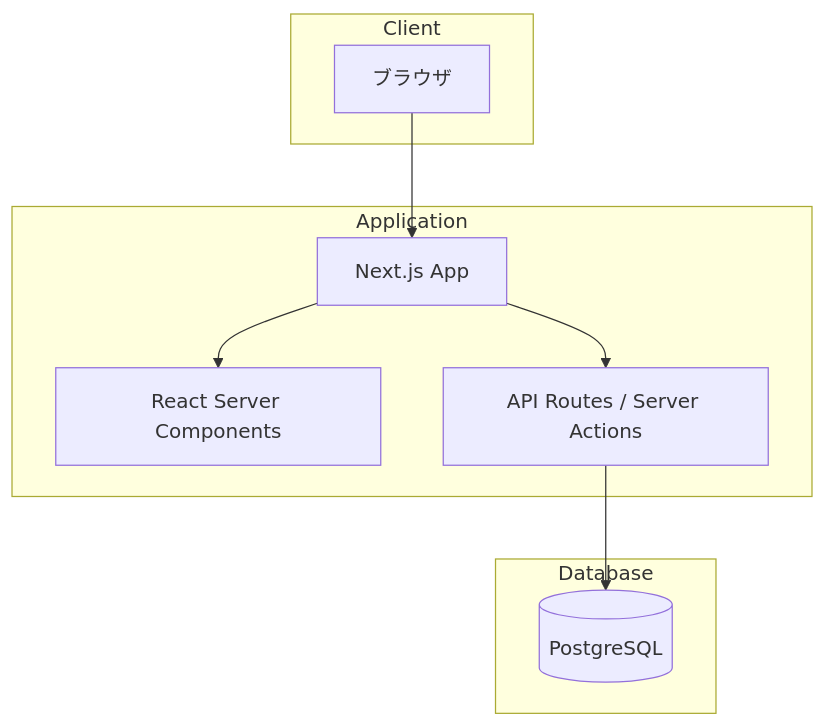
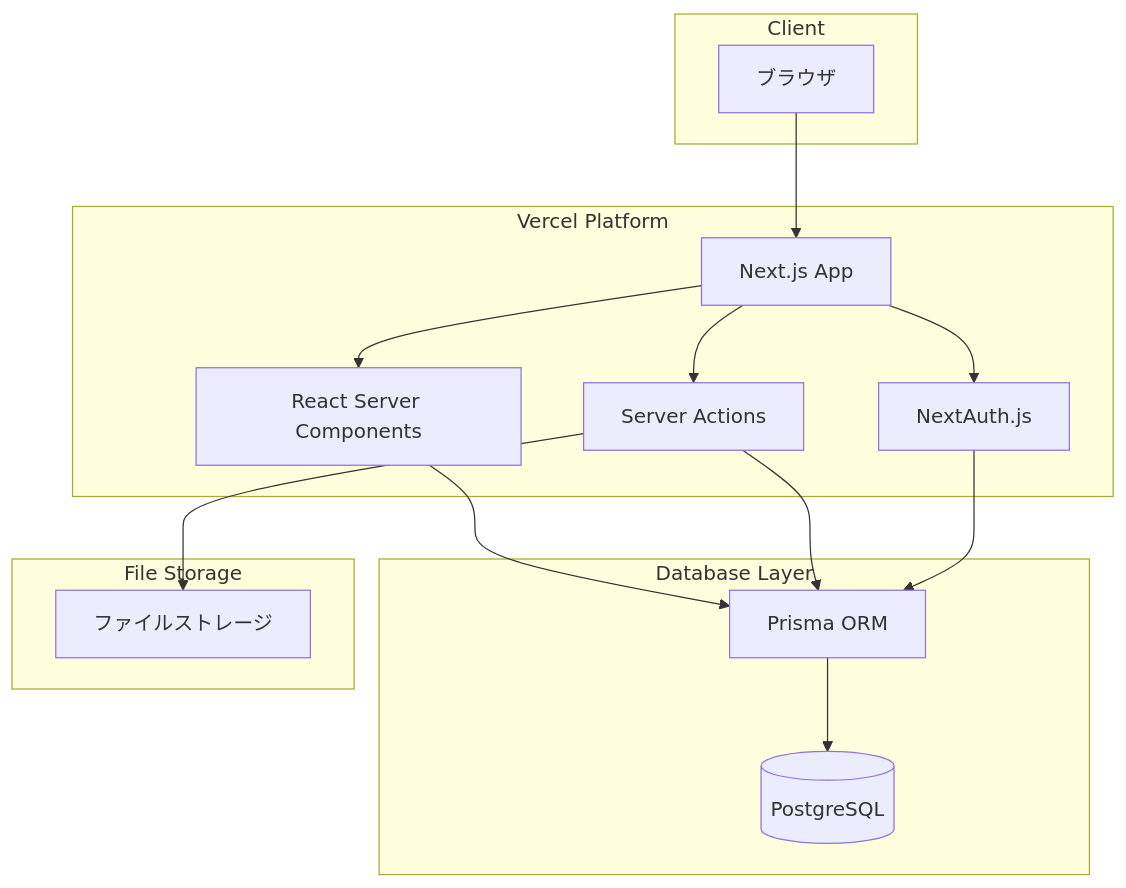
One commit to keitaroutakahashi/albatross changed the diagram in docs/architecture.md. Above: the diagram before and after it, drawn with Mermaid. The commit also changed other lines of this file and 42 other files, not shown here.

````diff
--- a/docs/architecture.md
+++ b/docs/architecture.md
@@ -145,21 +146,32 @@
 ```mermaid
 graph TB
     subgraph Client
         Browser[ブラウザ]
     end
 
-    subgraph Application
+    subgraph Vercel["Vercel Platform"]
         NextJS[Next.js App]
         RSC[React Server Components]
-        API[API Routes / Server Actions]
+        SA[Server Actions]
+        Auth[NextAuth.js]
     end
 
-    subgraph Database
+    subgraph Database["Database Layer"]
+        Prisma[Prisma ORM]
         PostgreSQL[(PostgreSQL)]
+    end
+
+    subgraph Storage["File Storage"]
+        FS[ファイルストレージ]
     end
 
     Browser --> NextJS
     NextJS --> RSC
-    NextJS --> API
-    API --> PostgreSQL
+    NextJS --> SA
+    NextJS --> Auth
+    RSC --> Prisma
+    SA --> Prisma
+    Auth --> Prisma
+    Prisma --> PostgreSQL
+    SA --> FS
 ```
````
